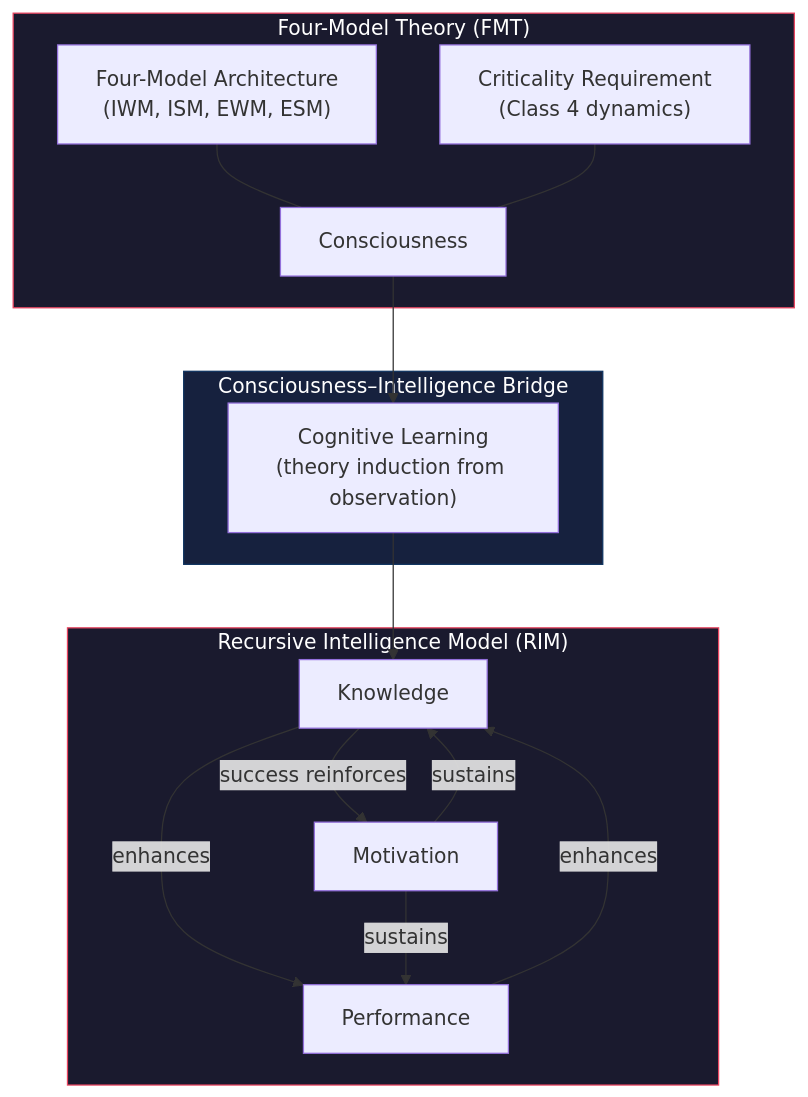
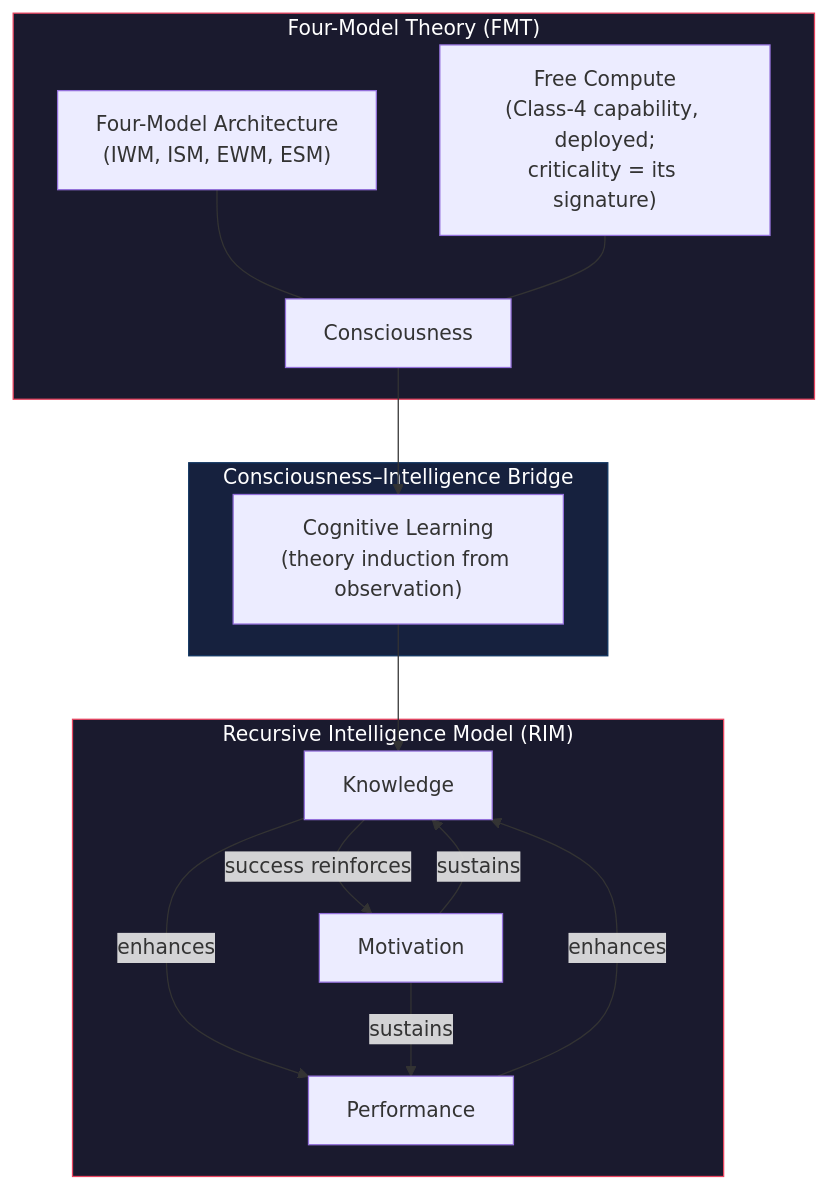
Before and after one commit to JeltzProstetnic/aIware: the diagram in wiki/foundations/overview.md, drawn with Mermaid. The commit also changed other lines of this file and 13 other files, not shown here.

First line of the commit message:
S275 cont shutdown: FMT wiki refresh AIW-27 pt1 shipped (10 files, free-compute reframe + SMoC 'leading candidate') + pt2 handoff

````diff
--- a/wiki/foundations/overview.md
+++ b/wiki/foundations/overview.md
@@ -35,26 +37,26 @@
 ```mermaid
 graph TB
     subgraph FMT["Four-Model Theory (FMT)"]
         A["Four-Model Architecture<br/>(IWM, ISM, EWM, ESM)"]
-        B["Criticality Requirement<br/>(Class 4 dynamics)"]
+        B["Free Compute<br/>(Class-4 capability, deployed;<br/>criticality = its signature)"]
         A --- C["Consciousness"]
         B --- C
     end
 
     subgraph Bridge["Consciousness–Intelligence Bridge"]
         C --> D["Cognitive Learning<br/>(theory induction from observation)"]
     end
 
     subgraph RIM["Recursive Intelligence Model (RIM)"]
         D --> E["Knowledge"]
         E -->|"enhances"| F["Performance"]
         F -->|"enhances"| E
         G["Motivation"] -->|"sustains"| E
         G -->|"sustains"| F
         E -->|"success reinforces"| G
     end
 
     style FMT fill:#1a1a2e,stroke:#e94560,color:#fff
     style Bridge fill:#16213e,stroke:#0f3460,color:#fff
     style RIM fill:#1a1a2e,stroke:#e94560,color:#fff
 ```
````
